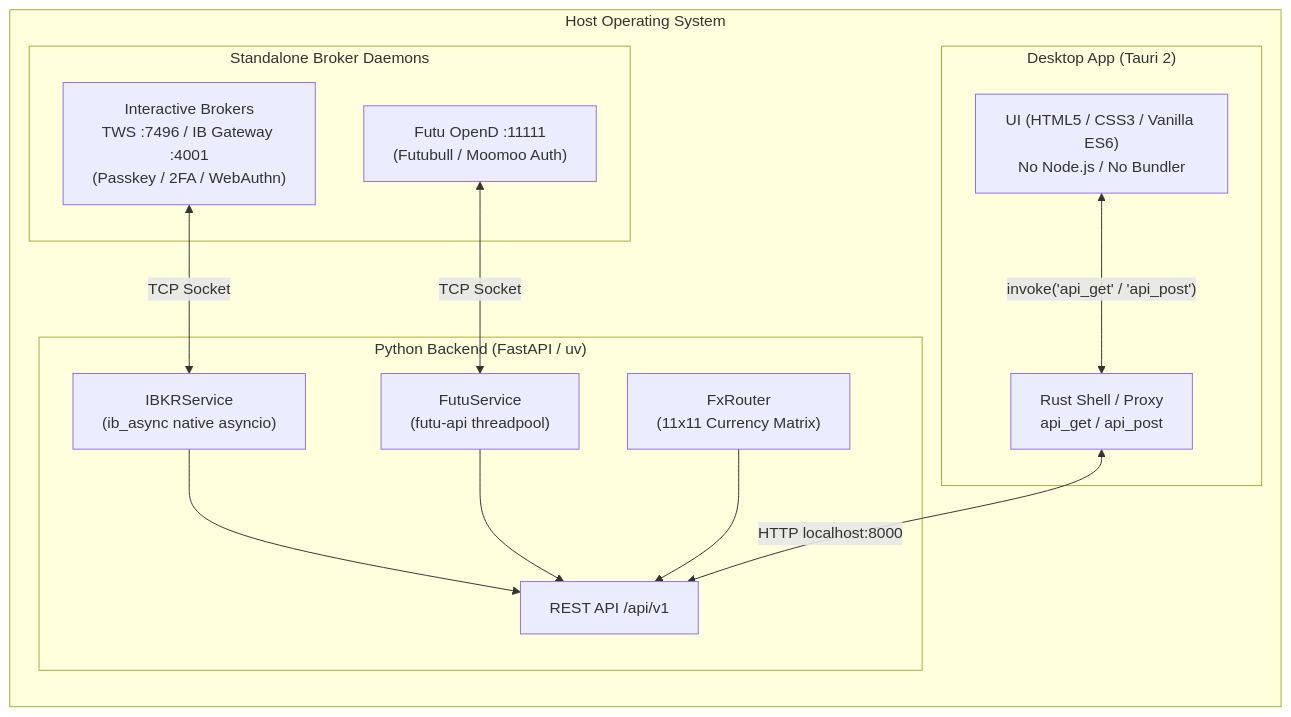
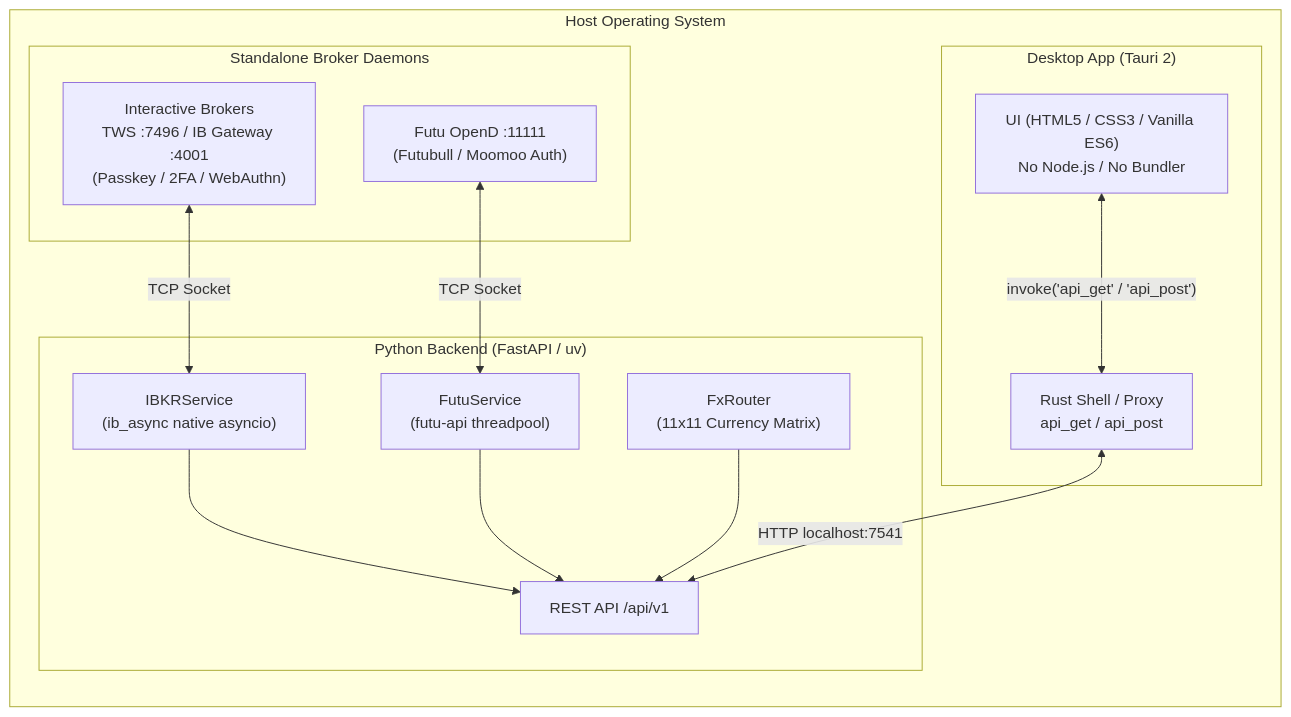
One commit to DHKLeung/uninv changed the diagram in README.md. Above: the diagram before and after it, drawn with Mermaid. The commit also changed other lines of this file and 20 other files, not shown here.

````diff
--- a/README.md
+++ b/README.md
@@ -53,30 +53,30 @@
 ```mermaid
 flowchart LR
     subgraph Host["Host Operating System"]
         subgraph Gateways["Standalone Broker Daemons"]
             IBGW["Interactive Brokers<br/>TWS :7496 / IB Gateway :4001<br/>(Passkey / 2FA / WebAuthn)"]
             FUTU["Futu OpenD :11111<br/>(Futubull / Moomoo Auth)"]
         end
 
         subgraph Backend["Python Backend (FastAPI / uv)"]
             API["REST API /api/v1"]
             IBKR_SVC["IBKRService<br/>(ib_async native asyncio)"]
             FUTU_SVC["FutuService<br/>(futu-api threadpool)"]
             FX["FxRouter<br/>(11x11 Currency Matrix)"]
         end
 
         subgraph Desktop["Desktop App (Tauri 2)"]
             RS["Rust Shell / Proxy<br/>api_get / api_post"]
             UI["UI (HTML5 / CSS3 / Vanilla ES6)<br/>No Node.js / No Bundler"]
         end
     end
 
     IBGW <--"TCP Socket"--> IBKR_SVC
     FUTU <--"TCP Socket"--> FUTU_SVC
     IBKR_SVC --> API
     FUTU_SVC --> API
     FX --> API
 
     UI <--"invoke('api_get' / 'api_post')"--> RS
-    RS <--"HTTP localhost:8000"--> API
+    RS <--"HTTP localhost:7541"--> API
 ```
````
